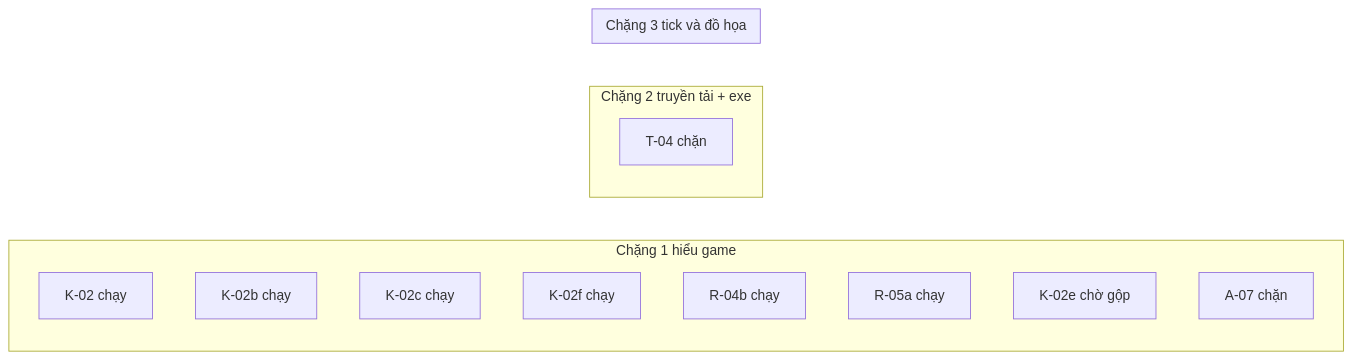
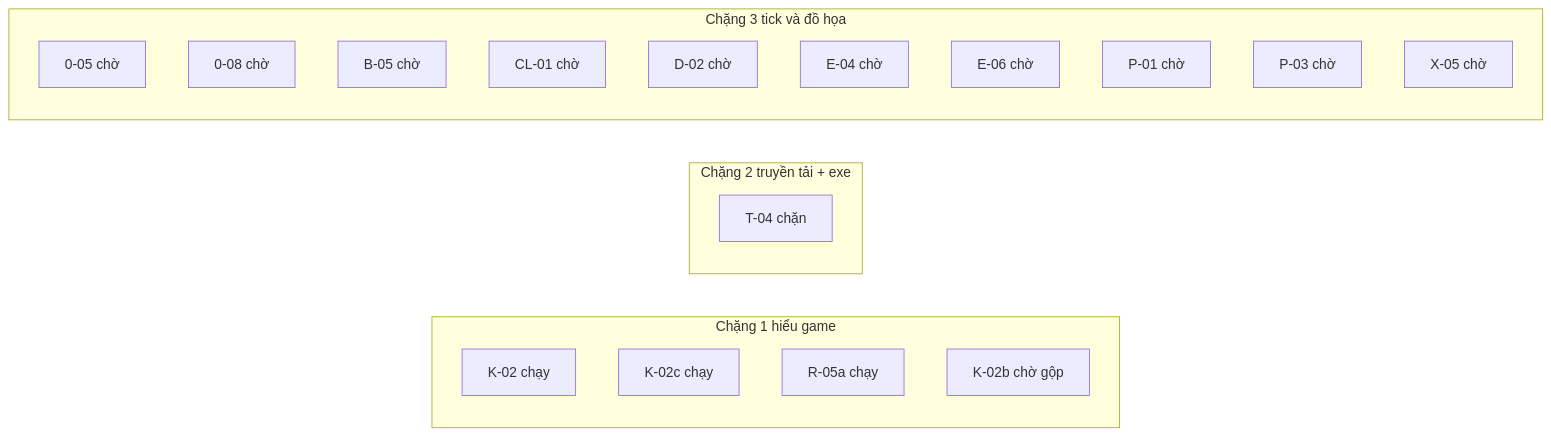
One commit to ndtangoss-dev/jx1-reports changed the diagram in JX1_OPS/STATE/TIEN-DO.md. Above: the diagram before and after it, drawn with Mermaid. The commit also changed other lines of this file and 3 other files, not shown here.

````diff
--- a/JX1_OPS/STATE/TIEN-DO.md
+++ b/JX1_OPS/STATE/TIEN-DO.md
@@ -9,18 +9,24 @@
 ```mermaid
 flowchart LR
   subgraph S1["Chặng 1 hiểu game"]
     K_02["K-02 chạy"]
-    K_02b["K-02b chạy"]
     K_02c["K-02c chạy"]
-    K_02f["K-02f chạy"]
-    R_04b["R-04b chạy"]
     R_05a["R-05a chạy"]
-    K_02e["K-02e chờ gộp"]
-    A_07["A-07 chặn"]
+    K_02b["K-02b chờ gộp"]
   end
   subgraph S2["Chặng 2 truyền tải + exe"]
     T_04["T-04 chặn"]
   end
   subgraph S3["Chặng 3 tick và đồ họa"]
+    0_05["0-05 chờ"]
+    0_08["0-08 chờ"]
+    B_05["B-05 chờ"]
+    CL_01["CL-01 chờ"]
+    D_02["D-02 chờ"]
+    E_04["E-04 chờ"]
+    E_06["E-06 chờ"]
+    P_01["P-01 chờ"]
+    P_03["P-03 chờ"]
+    X_05["X-05 chờ"]
   end
 ```
````
